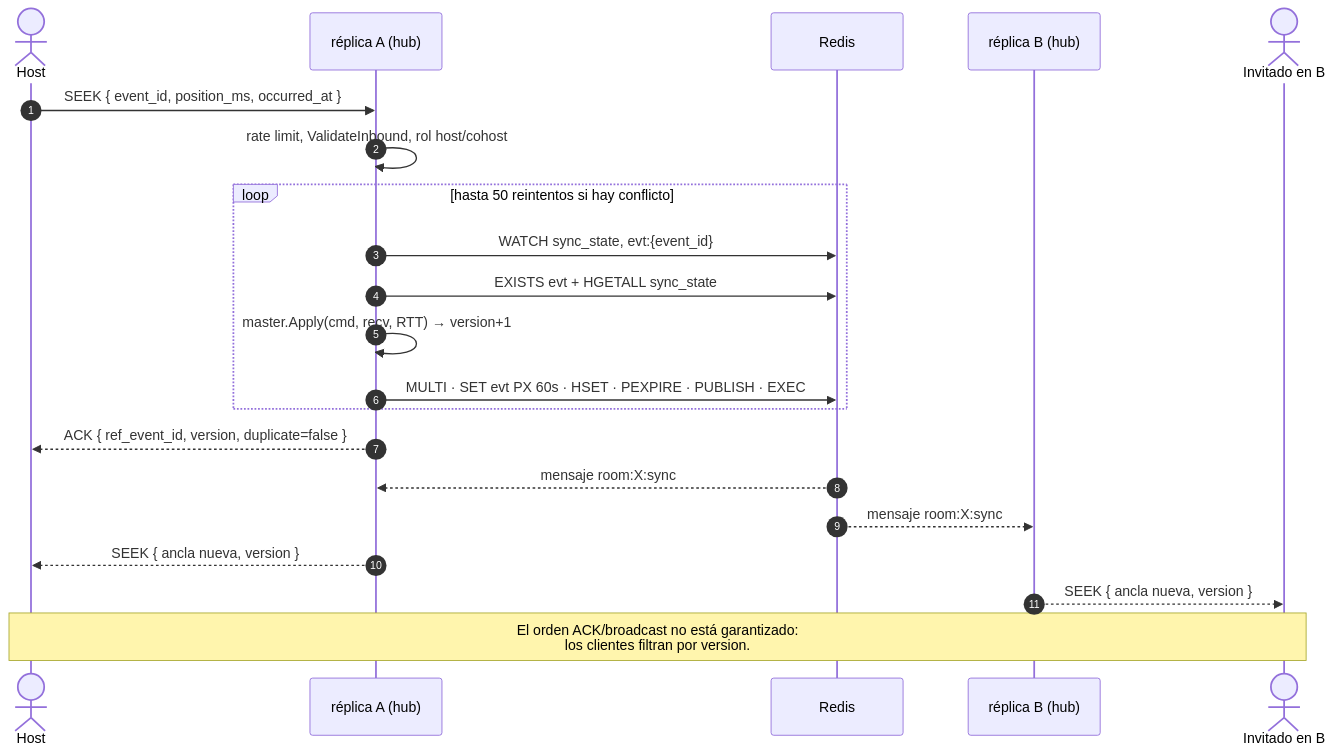
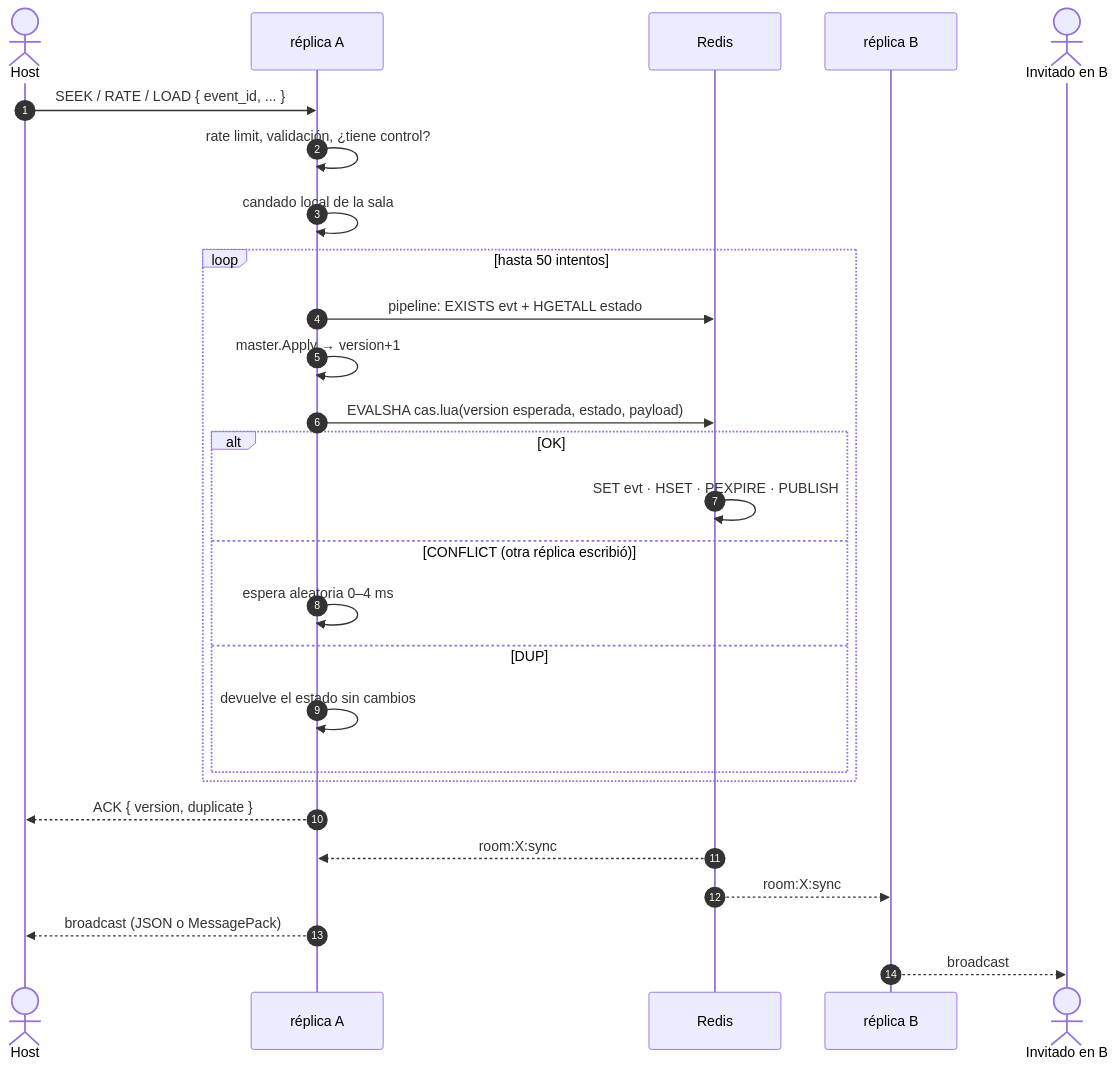
The sixth of 17 diagrams in docs/dominio-reproduccion.md (N1ghtlyC0de/TINT), drawn with Mermaid before and after one commit. The commit also changed other lines of this file and 2 other files, not shown here.

First line of the commit message:
docs(sync-core): Canal Sync v2 en la documentación del dominio

````diff
--- a/docs/dominio-reproduccion.md
+++ b/docs/dominio-reproduccion.md
@@ -277,24 +356,30 @@
 ```mermaid
 sequenceDiagram
     autonumber
     actor Host
-    participant A as réplica A (hub)
+    participant A as réplica A
     participant R as Redis
-    participant B as réplica B (hub)
+    participant B as réplica B
     actor Inv as Invitado en B
 
-    Host->>A: SEEK { event_id, position_ms, occurred_at }
-    A->>A: rate limit, ValidateInbound, rol host/cohost
-    loop hasta 50 reintentos si hay conflicto
-        A->>R: WATCH sync_state, evt:{event_id}
-        A->>R: EXISTS evt + HGETALL sync_state
-        A->>A: master.Apply(cmd, recv, RTT) → version+1
-        A->>R: MULTI · SET evt PX 60s · HSET · PEXPIRE · PUBLISH · EXEC
+    Host->>A: SEEK / RATE / LOAD { event_id, ... }
+    A->>A: rate limit, validación, ¿tiene control?
+    A->>A: candado local de la sala
+    loop hasta 50 intentos
+        A->>R: pipeline: EXISTS evt + HGETALL estado
+        A->>A: master.Apply → version+1
+        A->>R: EVALSHA cas.lua(version esperada, estado, payload)
+        alt OK
+            R->>R: SET evt · HSET · PEXPIRE · PUBLISH
+        else CONFLICT (otra réplica escribió)
+            A->>A: espera aleatoria 0–4 ms
+        else DUP
+            A->>A: devuelve el estado sin cambios
+        end
     end
-    A-->>Host: ACK { ref_event_id, version, duplicate=false }
-    R-->>A: mensaje room:X:sync
-    R-->>B: mensaje room:X:sync
-    A-->>Host: SEEK { ancla nueva, version }
-    B-->>Inv: SEEK { ancla nueva, version }
-    Note over Host,Inv: El orden ACK/broadcast no está garantizado:<br/>los clientes filtran por version.
+    A-->>Host: ACK { version, duplicate }
+    R-->>A: room:X:sync
+    R-->>B: room:X:sync
+    A-->>Host: broadcast (JSON o MessagePack)
+    B-->>Inv: broadcast
 ```
````
